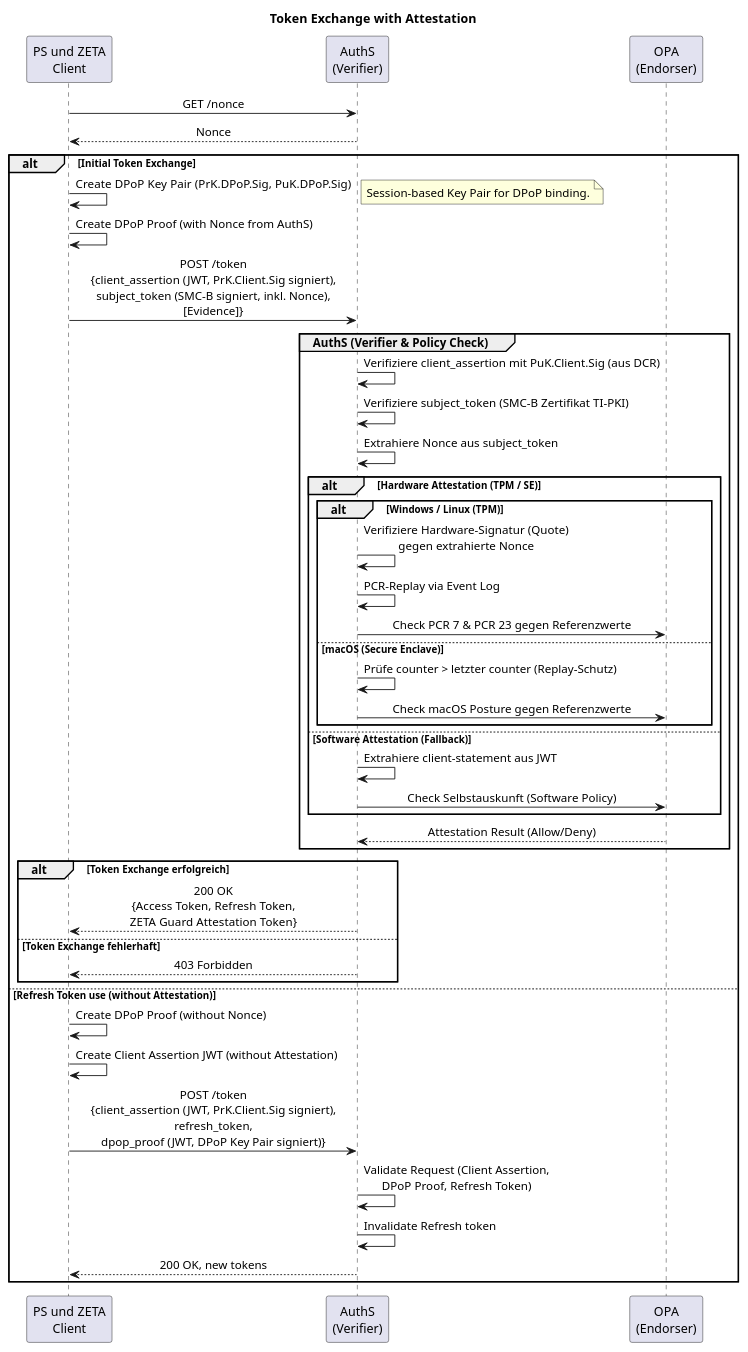
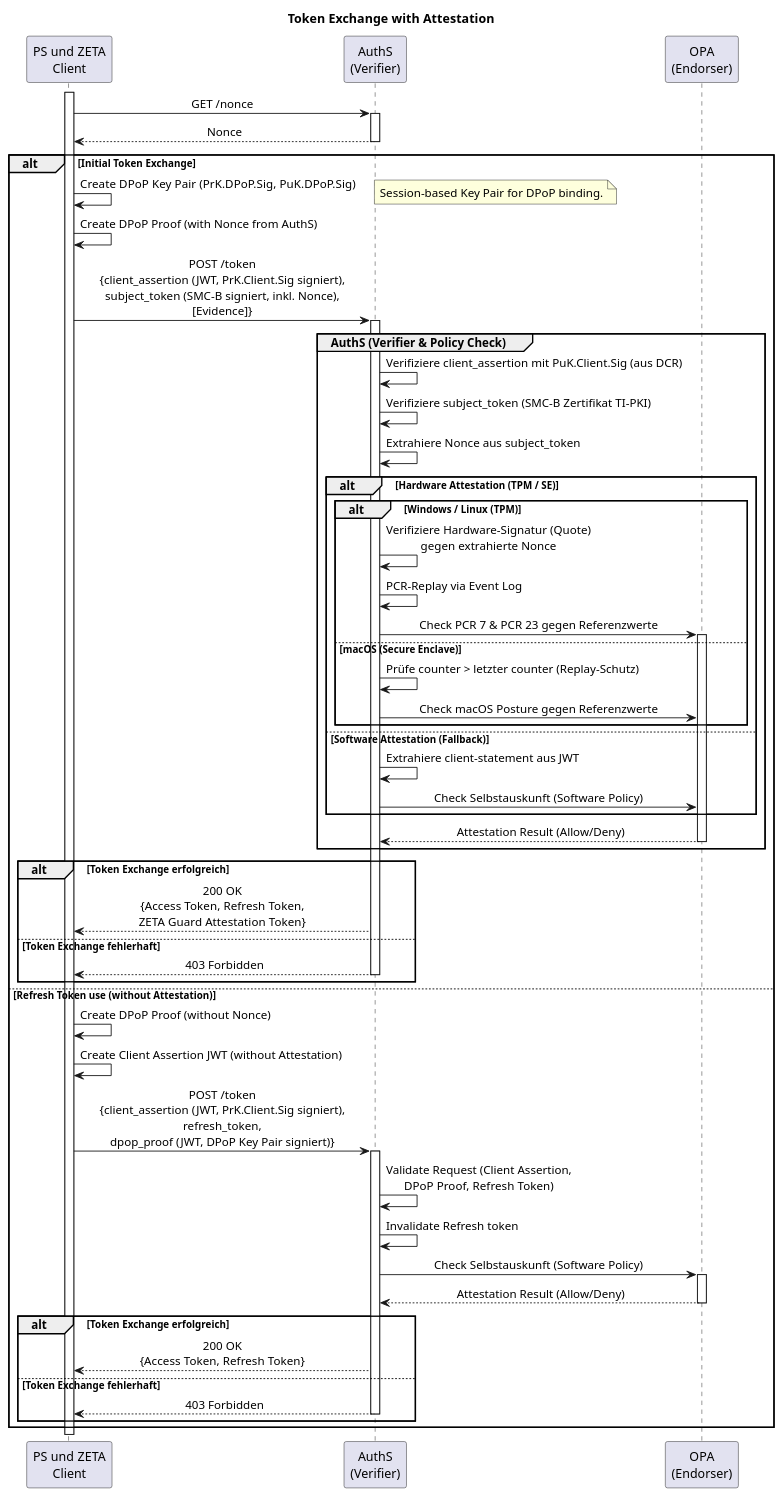
Before and after one commit to gematik/zeta: the diagram in src/plantuml/tmp/attestation-flows/token-exchange-with-attestation.puml, drawn with PlantUML.

Commit message:
docs: update token exchange PlantUML flow with activation lifelines and policy check steps

```diff
--- a/src/plantuml/tmp/attestation-flows/token-exchange-with-attestation.puml
+++ b/src/plantuml/tmp/attestation-flows/token-exchange-with-attestation.puml
@@ -1,56 +1,63 @@
 @startuml "token-exchange-with-attestation"
 skinparam sequenceMessageAlign center
 title Token Exchange with Attestation
 
 participant "PS und ZETA\nClient" as Client
 participant "AuthS\n(Verifier)" as AuthS
 participant "OPA\n(Endorser)" as OPA
 
-Client -> AuthS: GET /nonce
-AuthS --> Client: Nonce
+Client++
+Client -> AuthS++: GET /nonce
+AuthS --> Client--: Nonce
 
 alt Initial Token Exchange
     Client -> Client : Create DPoP Key Pair (PrK.DPoP.Sig, PuK.DPoP.Sig)
     note right: Session-based Key Pair for DPoP binding.
 
     Client -> Client : Create DPoP Proof (with Nonce from AuthS)
-    Client -> AuthS: POST /token\n{client_assertion (JWT, PrK.Client.Sig signiert),\nsubject_token (SMC-B signiert, inkl. Nonce),\n[Evidence]}
+    Client -> AuthS++: POST /token\n{client_assertion (JWT, PrK.Client.Sig signiert),\nsubject_token (SMC-B signiert, inkl. Nonce),\n[Evidence]}
 
     group AuthS (Verifier & Policy Check)
         AuthS -> AuthS: Verifiziere client_assertion mit PuK.Client.Sig (aus DCR)
         AuthS -> AuthS: Verifiziere subject_token (SMC-B Zertifikat TI-PKI)
         AuthS -> AuthS: Extrahiere Nonce aus subject_token
         
         alt Hardware Attestation (TPM / SE)
             alt Windows / Linux (TPM)
                 AuthS -> AuthS: Verifiziere Hardware-Signatur (Quote)\ngegen extrahierte Nonce
                 AuthS -> AuthS: PCR-Replay via Event Log
-                AuthS -> OPA: Check PCR 7 & PCR 23 gegen Referenzwerte
+                AuthS -> OPA++: Check PCR 7 & PCR 23 gegen Referenzwerte
             else macOS (Secure Enclave)
                 AuthS -> AuthS: Prüfe counter > letzter counter (Replay-Schutz)
                 AuthS -> OPA: Check macOS Posture gegen Referenzwerte
             end
             
         else Software Attestation (Fallback)
             AuthS -> AuthS: Extrahiere client-statement aus JWT
             AuthS -> OPA: Check Selbstauskunft (Software Policy)
         end
         
-        OPA --> AuthS: Attestation Result (Allow/Deny)
+        OPA --> AuthS--: Attestation Result (Allow/Deny)
     end
 
     alt Token Exchange erfolgreich
         AuthS --> Client: 200 OK\n{Access Token, Refresh Token,\nZETA Guard Attestation Token}
     else Token Exchange fehlerhaft
-        AuthS --> Client: 403 Forbidden
+        AuthS --> Client--: 403 Forbidden
     end
 
 else Refresh Token use (without Attestation)
     Client -> Client : Create DPoP Proof (without Nonce)
     Client -> Client : Create Client Assertion JWT (without Attestation)
-    Client -> AuthS: POST /token\n{client_assertion (JWT, PrK.Client.Sig signiert),\nrefresh_token,\ndpop_proof (JWT, DPoP Key Pair signiert)}
+    Client -> AuthS++: POST /token\n{client_assertion (JWT, PrK.Client.Sig signiert),\nrefresh_token,\ndpop_proof (JWT, DPoP Key Pair signiert)}
     AuthS -> AuthS : Validate Request (Client Assertion,\nDPoP Proof, Refresh Token)
     AuthS -> AuthS: Invalidate Refresh token
-    AuthS --> Client: 200 OK, new tokens
+    AuthS -> OPA++: Check Selbstauskunft (Software Policy)
+    OPA --> AuthS--: Attestation Result (Allow/Deny)
+    alt Token Exchange erfolgreich
+        AuthS --> Client: 200 OK\n{Access Token, Refresh Token}
+    else Token Exchange fehlerhaft
+        AuthS --> Client--: 403 Forbidden
+    end
 end
 @enduml
```
